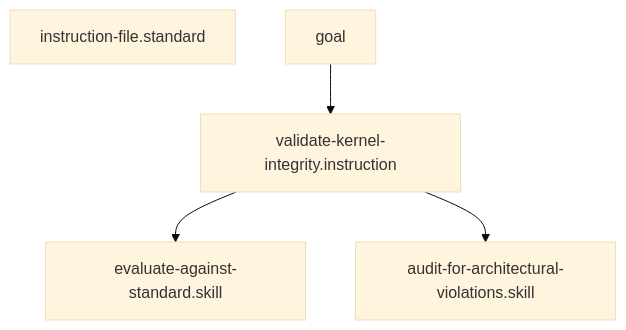
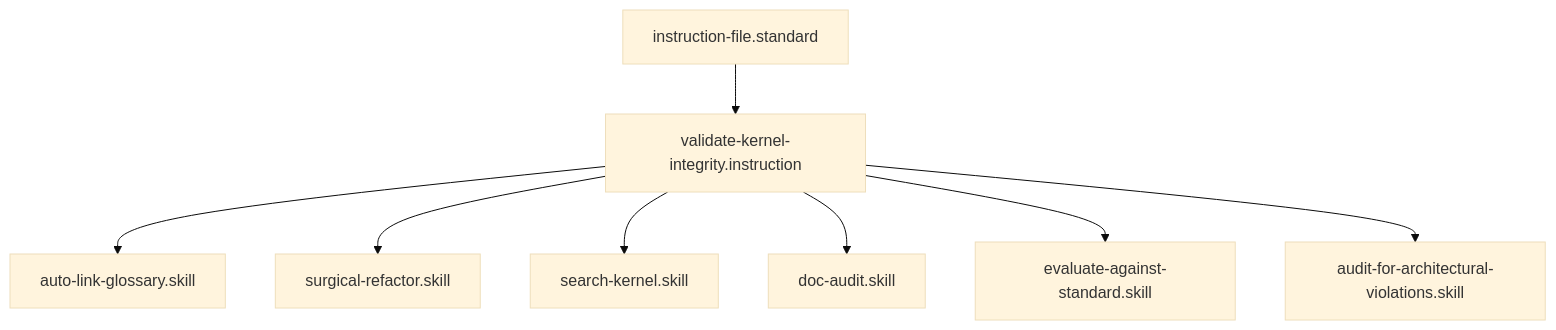
One commit to Gizmo4Life/ai-kernel changed the diagram in instructions/validate-kernel-integrity.instruction.md. Above: the diagram before and after it, drawn with Mermaid (base theme). The commit also changed 89 other files, not shown here.

````diff
--- a/instructions/validate-kernel-integrity.instruction.md
+++ b/instructions/validate-kernel-integrity.instruction.md
@@ -27,7 +27,10 @@
 ```mermaid
 graph TD
-    instruction-file.standard
-goal --> validate-kernel-integrity.instruction
+    instruction-file.standard --> validate-kernel-integrity.instruction
+    validate-kernel-integrity.instruction --> auto-link-glossary[auto-link-glossary.skill]
+    validate-kernel-integrity.instruction --> surgical-refactor[surgical-refactor.skill]
+    validate-kernel-integrity.instruction --> search-kernel[search-kernel.skill]
+    validate-kernel-integrity.instruction --> doc-audit[doc-audit.skill]
     validate-kernel-integrity.instruction --> evaluate-against-standard[evaluate-against-standard.skill]
     validate-kernel-integrity.instruction --> audit-for-architectural-violations[audit-for-architectural-violations.skill]
 ```
````
